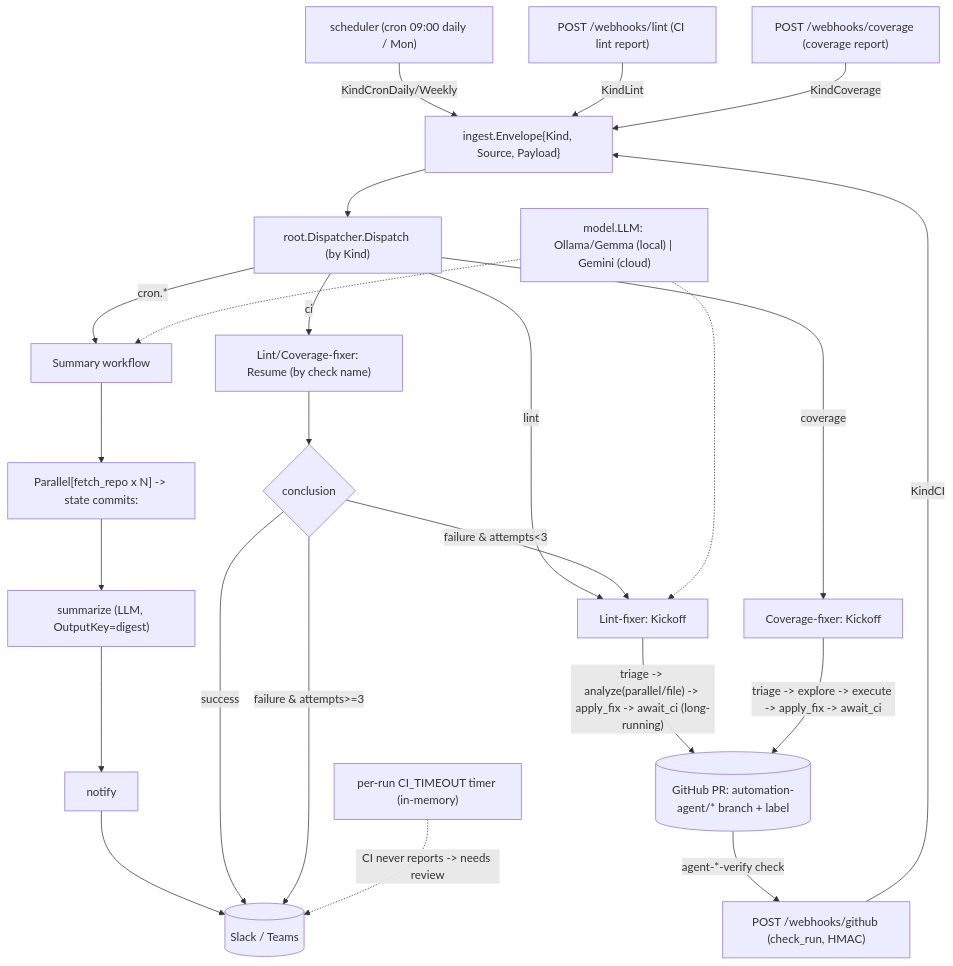
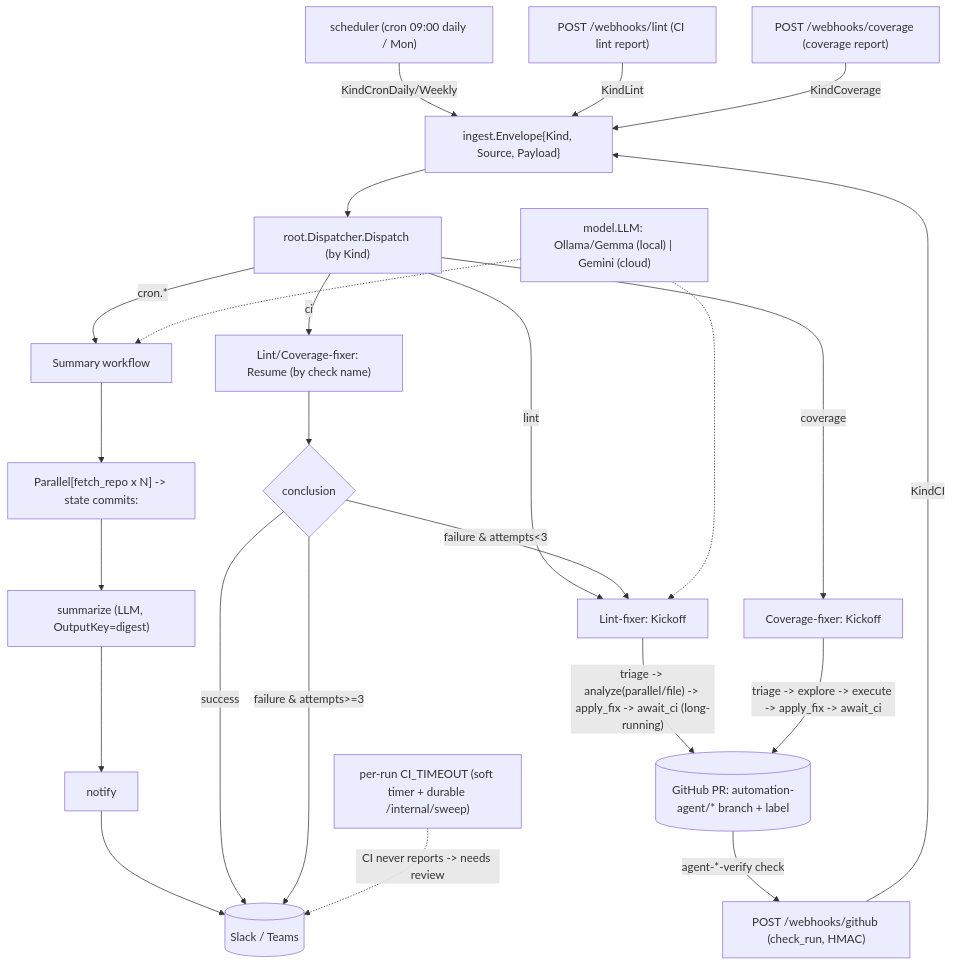
One commit to jkjamies/automation-agent changed the diagram in AGENTS.md. Above: the diagram before and after it, drawn with Mermaid. The commit also changed other lines of this file and 88 other files, not shown here.

````diff
--- a/AGENTS.md
+++ b/AGENTS.md
@@ -35,28 +35,28 @@
 ```mermaid
 flowchart TD
     Cron["scheduler (cron 09:00 daily / Mon)"] -->|"KindCronDaily/Weekly"| Env["ingest.Envelope{Kind, Source, Payload}"]
     WLint["POST /webhooks/lint (CI lint report)"] -->|KindLint| Env
     WCov["POST /webhooks/coverage (coverage report)"] -->|KindCoverage| Env
     WCI["POST /webhooks/github (check_run, HMAC)"] -->|KindCI| Env
     Env --> Root["root.Dispatcher.Dispatch (by Kind)"]
     Root -->|"cron.*"| Sum["Summary workflow"]
     Root -->|lint| LFK["Lint-fixer: Kickoff"]
     Root -->|coverage| CFK["Coverage-fixer: Kickoff"]
     Root -->|ci| LFR["Lint/Coverage-fixer: Resume (by check name)"]
 
     Sum --> Par["Parallel[fetch_repo x N] -> state commits:<repo>"]
     Par --> Smz["summarize (LLM, OutputKey=digest)"]
     Smz --> Ntf["notify"] --> Chat[("Slack / Teams")]
 
     LFK -->|"triage -> analyze(parallel/file) -> apply_fix -> await_ci (long-running)"| PR[("GitHub PR: automation-agent/* branch + label")]
     CFK -->|"triage -> explore -> execute -> apply_fix -> await_ci"| PR
     PR -->|"agent-*-verify check"| WCI
     LFR --> Dec{conclusion}
     Dec -->|success| Chat
     Dec -->|"failure & attempts<3"| LFK
     Dec -->|"failure & attempts>=3"| Chat
-    TO["per-run CI_TIMEOUT timer (in-memory)"] -.->|"CI never reports -> needs review"| Chat
+    TO["per-run CI_TIMEOUT (soft timer + durable /internal/sweep)"] -.->|"CI never reports -> needs review"| Chat
 
     Models["model.LLM: Ollama/Gemma (local) | Gemini (cloud)"] -.-> Sum
     Models -.-> LFK
 ```
````
